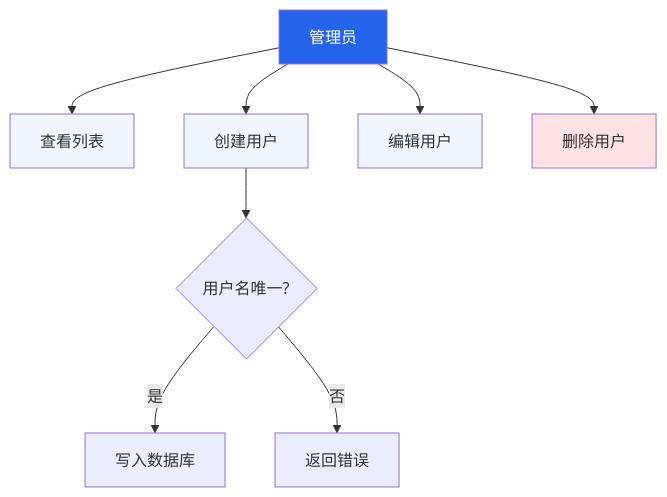
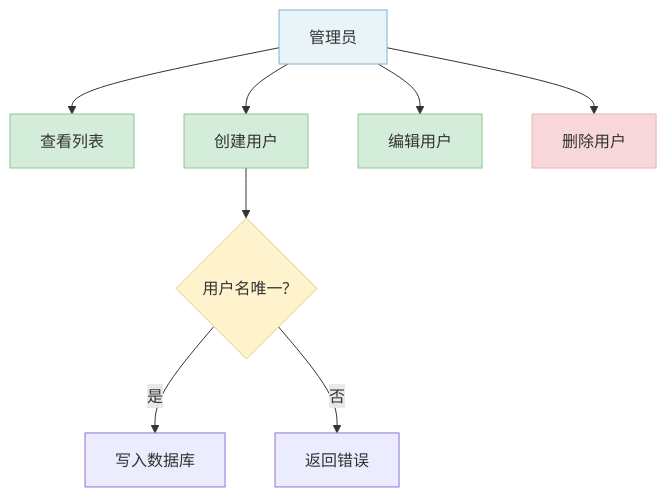
The third of 8 diagrams in docs/api.md (xt765/ResumeScreening), drawn with Mermaid before and after one commit. The commit also changed other lines of this file and 4 other files, not shown here.

````diff
--- a/docs/api.md
+++ b/docs/api.md
@@ -111,17 +111,18 @@
 ```mermaid
 graph TD
     Admin[管理员] --> List[查看列表]
     Admin --> Create[创建用户]
     Admin --> Edit[编辑用户]
     Admin --> Delete[删除用户]
     
     Create --> Check{用户名唯一?}
     Check -->|是| DB[写入数据库]
     Check -->|否| Error[返回错误]
     
-    style Admin fill:#2563eb,color:#fff
-    style List fill:#eff6ff
-    style Create fill:#eff6ff
-    style Edit fill:#eff6ff
-    style Delete fill:#fee2e2
+    style Admin fill:#e8f4f8,stroke:#7fb3d5
+    style List fill:#d4edda,stroke:#90c695
+    style Create fill:#d4edda,stroke:#90c695
+    style Edit fill:#d4edda,stroke:#90c695
+    style Delete fill:#f8d7da,stroke:#e8b4b8
+    style Check fill:#fff3cd,stroke:#e0c97f
 ```
````
